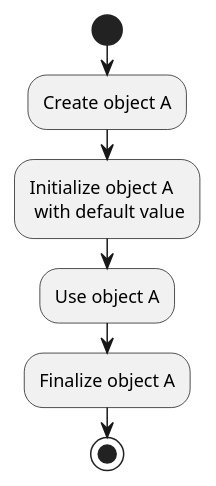
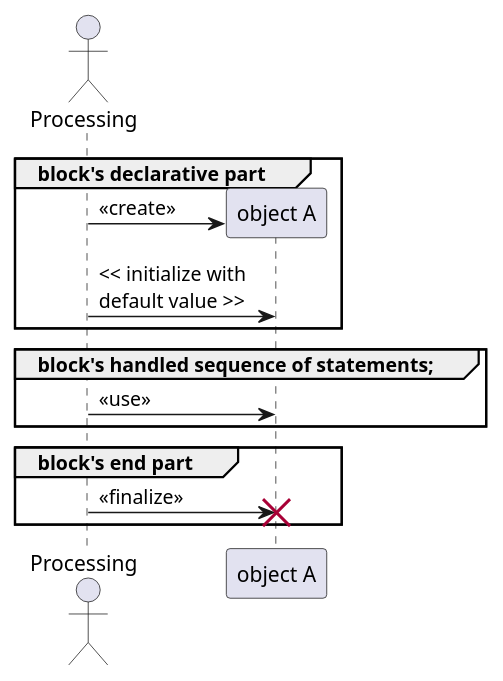
The third of 9 diagrams in content/courses/advanced-ada/parts/resource_management/controlled_types.rst (AdaCore/learn), drawn with PlantUML before and after one commit. The commit also changed other lines of this file, not shown here.

First line of the commit message:
Converting type of UML diagrams

```diff
--- a/content/courses/advanced-ada/parts/resource_management/controlled_types.rst
+++ b/content/courses/advanced-ada/parts/resource_management/controlled_types.rst
@@ -118,13 +119,19 @@
 .. uml::
    :align: center
-   :width: 100pt
+   :width: 300pt
 
     @startuml
-    start
-    :Create object A;
-    :Initialize object A
-     with default value;
-    :Use object A;
-    :Finalize object A;
-    stop
+        actor Processing
+        participant "object A" as A
+
+        group block's declarative part
+            Processing -> A ** : << create >>
+            Processing -> A : << initialize with \ndefault value >>
+        end
+        group block's handled sequence of statements;
+            Processing -> A : << use >>
+        end
+        group block's end part
+            Processing -> A !! : << finalize >>
+        end
     @enduml
```
